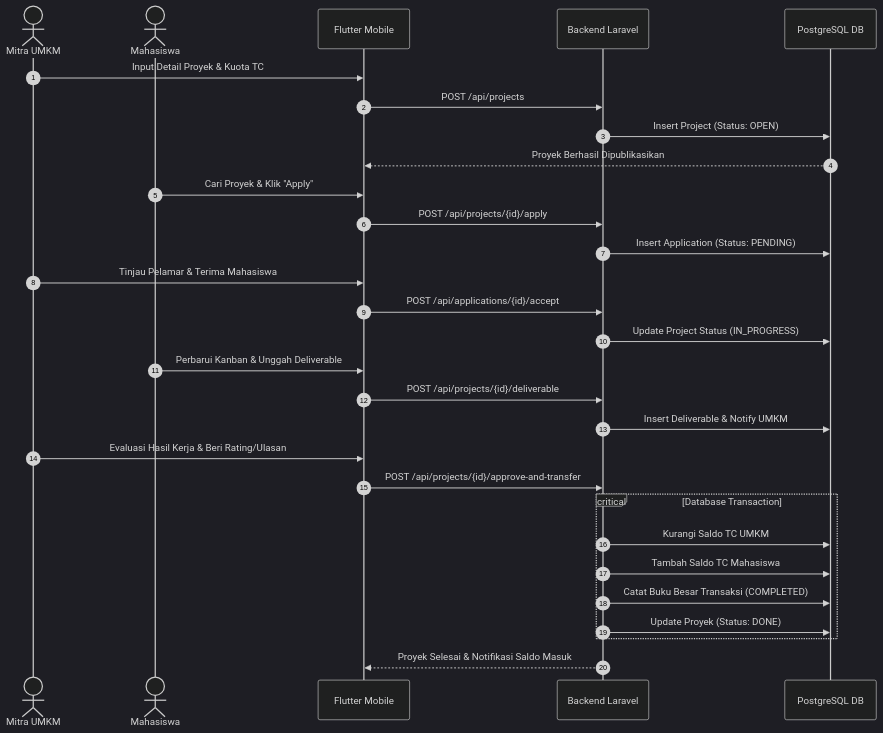
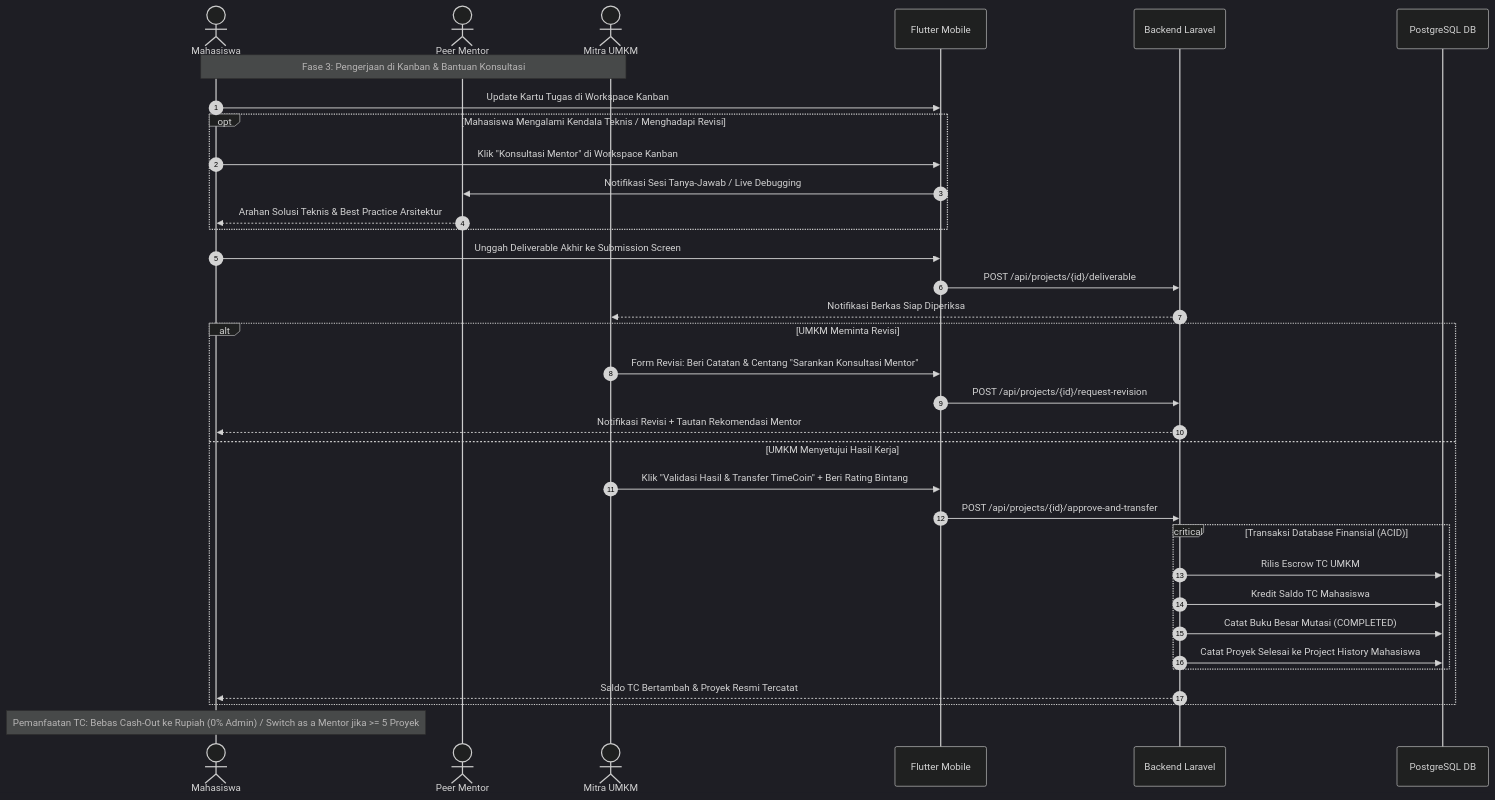
One commit to arya27Q/talentsync changed the fourth of 4 diagrams in docs/perancangan_sistem.md. Above: the diagram before and after it, drawn with Mermaid (dark theme). The commit also changed other lines of this file and 76 other files, not shown here.

````diff
--- a/docs/perancangan_sistem.md
+++ b/docs/perancangan_sistem.md
@@ -147,36 +189,40 @@
 ```mermaid
 sequenceDiagram
     autonumber
+    actor MHS as Mahasiswa
+    actor MEN as Peer Mentor
     actor UMKM as Mitra UMKM
-    actor MHS as Mahasiswa
     participant App as Flutter Mobile
     participant Srv as Backend Laravel
     participant DB as PostgreSQL DB
 
-    UMKM->>App: Input Detail Proyek & Kuota TC
-    App->>Srv: POST /api/projects
-    Srv->>DB: Insert Project (Status: OPEN)
-    DB-->>App: Proyek Berhasil Dipublikasikan
+    Note over MHS,UMKM: Fase 3: Pengerjaan di Kanban & Bantuan Konsultasi
+    MHS->>App: Update Kartu Tugas di Workspace Kanban
+    opt Mahasiswa Mengalami Kendala Teknis / Menghadapi Revisi
+        MHS->>App: Klik "Konsultasi Mentor" di Workspace Kanban
+        App->>MEN: Notifikasi Sesi Tanya-Jawab / Live Debugging
+        MEN-->>MHS: Arahan Solusi Teknis & Best Practice Arsitektur
+    end
 
-    MHS->>App: Cari Proyek & Klik "Apply"
-    App->>Srv: POST /api/projects/{id}/apply
-    Srv->>DB: Insert Application (Status: PENDING)
+    MHS->>App: Unggah Deliverable Akhir ke Submission Screen
+    App->>Srv: POST /api/projects/{id}/deliverable
+    Srv-->>UMKM: Notifikasi Berkas Siap Diperiksa
 
-    UMKM->>App: Tinjau Pelamar & Terima Mahasiswa
-    App->>Srv: POST /api/applications/{id}/accept
-    Srv->>DB: Update Project Status (IN_PROGRESS)
+    alt UMKM Meminta Revisi
+        UMKM->>App: Form Revisi: Beri Catatan & Centang "Sarankan Konsultasi Mentor"
+        App->>Srv: POST /api/projects/{id}/request-revision
+        Srv-->>MHS: Notifikasi Revisi + Tautan Rekomendasi Mentor
+    else UMKM Menyetujui Hasil Kerja
+        UMKM->>App: Klik "Validasi Hasil & Transfer TimeCoin" + Beri Rating Bintang
+        App->>Srv: POST /api/projects/{id}/approve-and-transfer
+        critical Transaksi Database Finansial (ACID)
+            Srv->>DB: Rilis Escrow TC UMKM
+            Srv->>DB: Kredit Saldo TC Mahasiswa
+            Srv->>DB: Catat Buku Besar Mutasi (COMPLETED)
+            Srv->>DB: Catat Proyek Selesai ke Project History Mahasiswa
+        end
+        Srv-->>MHS: Saldo TC Bertambah & Proyek Resmi Tercatat
+    end
 
-    MHS->>App: Perbarui Kanban & Unggah Deliverable
-    App->>Srv: POST /api/projects/{id}/deliverable
-    Srv->>DB: Insert Deliverable & Notify UMKM
-
-    UMKM->>App: Evaluasi Hasil Kerja & Beri Rating/Ulasan
-    App->>Srv: POST /api/projects/{id}/approve-and-transfer
-    critical Database Transaction
-        Srv->>DB: Kurangi Saldo TC UMKM
-        Srv->>DB: Tambah Saldo TC Mahasiswa
-        Srv->>DB: Catat Buku Besar Transaksi (COMPLETED)
-        Srv->>DB: Update Proyek (Status: DONE)
-    end
-    Srv-->>App: Proyek Selesai & Notifikasi Saldo Masuk
+    Note over MHS: Pemanfaatan TC: Bebas Cash-Out ke Rupiah (0% Admin) / Switch as a Mentor jika >= 5 Proyek
 ```
````
